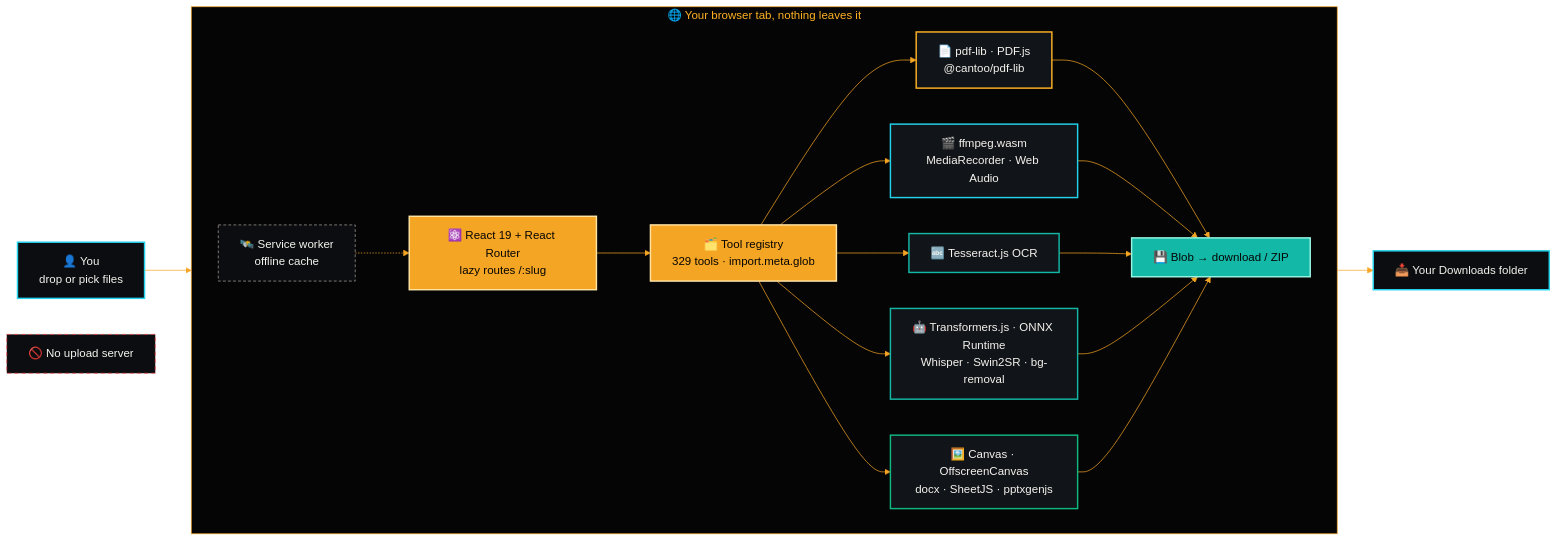
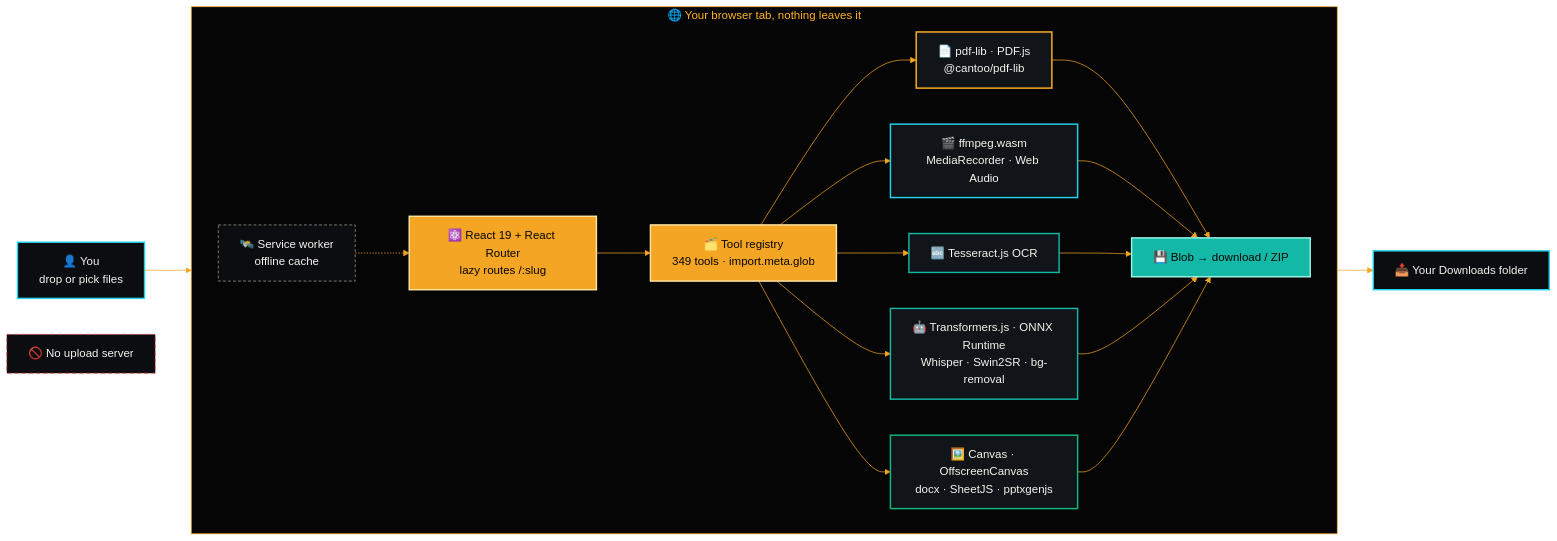
One commit to aniruddhaadak80/OpenFile changed the fourth of 8 diagrams in README.md. Above: the diagram before and after it, drawn with Mermaid. The commit also changed other lines of this file and 37 other files, not shown here.

````diff
--- a/README.md
+++ b/README.md
@@ -907,31 +927,31 @@
 ```mermaid
 %%{init: {'theme':'base','themeVariables':{'fontFamily':'system-ui, sans-serif','lineColor':'#F5A524','primaryTextColor':'#F5F3EE','clusterBkg':'#050505','clusterBorder':'#F5A524','titleColor':'#FFB224'}}}%%
 flowchart LR
     U["👤 You<br/>drop or pick files"]:::user --> BR
     subgraph BR["🌐 Your browser tab, nothing leaves it"]
         direction LR
-        RR["⚛️ React 19 + React Router<br/>lazy routes /:slug"]:::ui --> REG["🗂️ Tool registry<br/>329 tools · import.meta.glob"]:::ui
+        RR["⚛️ React 19 + React Router<br/>lazy routes /:slug"]:::ui --> REG["🗂️ Tool registry<br/>349 tools · import.meta.glob"]:::ui
         REG --> E1["📄 pdf-lib · PDF.js<br/>@cantoo/pdf-lib"]:::pdf
         REG --> E2["🎬 ffmpeg.wasm<br/>MediaRecorder · Web Audio"]:::media
         REG --> E3["🔤 Tesseract.js OCR"]:::ai
         REG --> E4["🤖 Transformers.js · ONNX Runtime<br/>Whisper · Swin2SR · bg-removal"]:::ai
         REG --> E5["🖼️ Canvas · OffscreenCanvas<br/>docx · SheetJS · pptxgenjs"]:::img
         E1 --> OUT["💾 Blob → download / ZIP"]:::out
         E2 --> OUT
         E3 --> OUT
         E4 --> OUT
         E5 --> OUT
         SW["🛰️ Service worker<br/>offline cache"]:::sw -.-> RR
     end
     OUT --> D["📥 Your Downloads folder"]:::user
     NS["🚫 No upload server"]:::none
     classDef user fill:#0B0D10,stroke:#22D3EE,color:#F5F3EE,stroke-width:2px
     classDef ui fill:#F5A524,stroke:#FFE3A3,color:#050505,stroke-width:2px
     classDef pdf fill:#111418,stroke:#FFB224,color:#F5F3EE,stroke-width:2px
     classDef media fill:#111418,stroke:#22D3EE,color:#F5F3EE,stroke-width:2px
     classDef ai fill:#111418,stroke:#14B8A6,color:#F5F3EE,stroke-width:2px
     classDef img fill:#111418,stroke:#10B981,color:#F5F3EE,stroke-width:2px
     classDef out fill:#14B8A6,stroke:#99F6E4,color:#050505,stroke-width:2px
     classDef sw fill:#0B0D10,stroke:#A8A29E,color:#F5F3EE,stroke-dasharray:4 3
     classDef none fill:#0B0D10,stroke:#EF4444,color:#F5F3EE,stroke-dasharray:6 4
 ```
````
